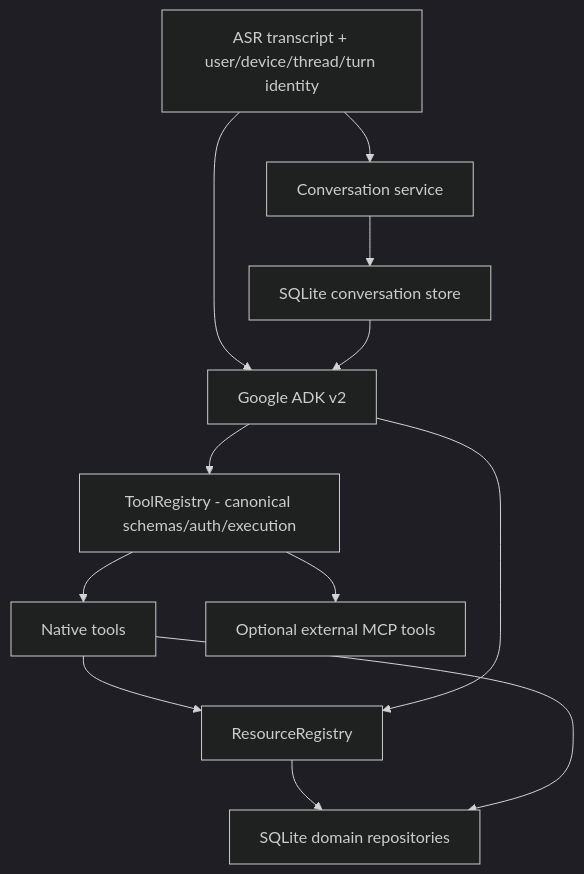
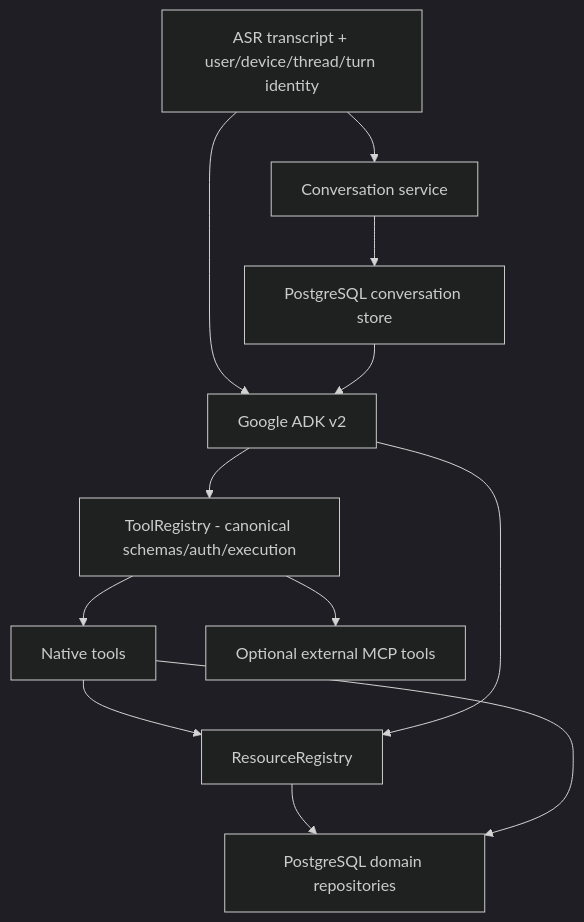
The diagram in docs/ARCHITECTURE.md (diepgiahuy/ai-companion), drawn with Mermaid (dark theme) before and after one commit. The commit also changed other lines of this file and 24 other files, not shown here.

````diff
--- a/docs/ARCHITECTURE.md
+++ b/docs/ARCHITECTURE.md
@@ -41,14 +41,14 @@
 ```mermaid
 flowchart TD
     Turn["ASR transcript + user/device/thread/turn identity"] --> Conversation["Conversation service"]
-    Conversation --> History["SQLite conversation store"]
+    Conversation --> History["PostgreSQL conversation store"]
     Turn --> Agent["Google ADK v2"]
     History --> Agent
     Agent --> Tools["ToolRegistry - canonical schemas/auth/execution"]
     Tools --> NativeTools["Native tools"]
     Tools --> MCPTools["Optional external MCP tools"]
     NativeTools --> Resources["ResourceRegistry"]
     Agent --> Resources
-    Resources --> Domain["SQLite domain repositories"]
+    Resources --> Domain["PostgreSQL domain repositories"]
     NativeTools --> Domain
 ```
````
